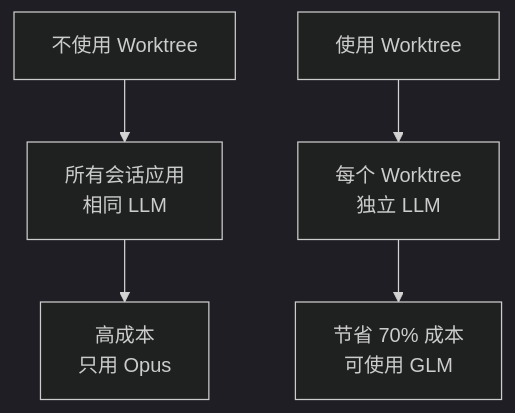
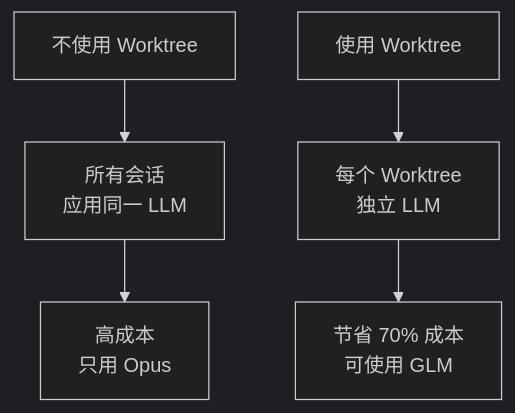
One commit to modu-ai/moai-adk changed the second of 9 diagrams in docs-site/content/zh/worktree/faq.md. Above: the diagram before and after it, drawn with Mermaid (dark theme). The commit also changed other lines of this file and 180 other files, not shown here.

````diff
--- a/docs-site/content/zh/worktree/faq.md
+++ b/docs-site/content/zh/worktree/faq.md
@@ -68,8 +68,8 @@
 ```mermaid
 graph TB
-    A[不使用 Worktree] --> B[所有会话应用<br/>相同 LLM]
+    A[不使用 Worktree] --> B[所有会话<br/>应用同一 LLM]
     B --> C[高成本<br/>只用 Opus]
 
     D[使用 Worktree] --> E[每个 Worktree<br/>独立 LLM]
     E --> F[节省 70% 成本<br/>可使用 GLM]
 ```
````
